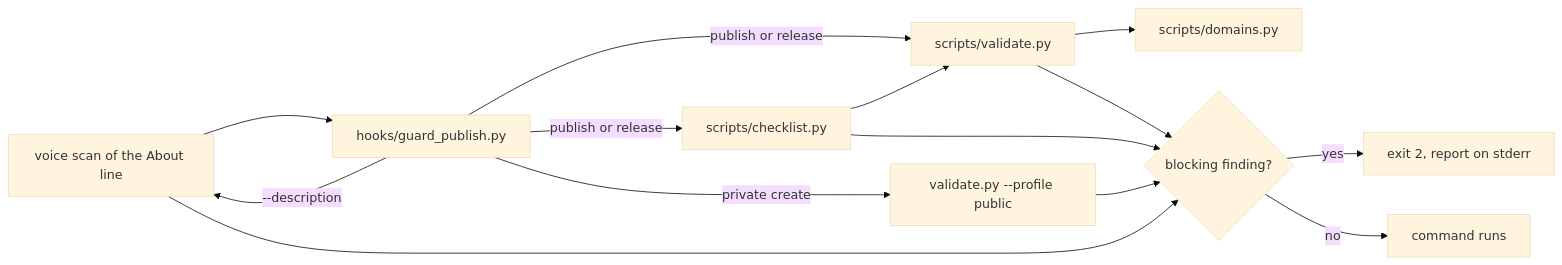
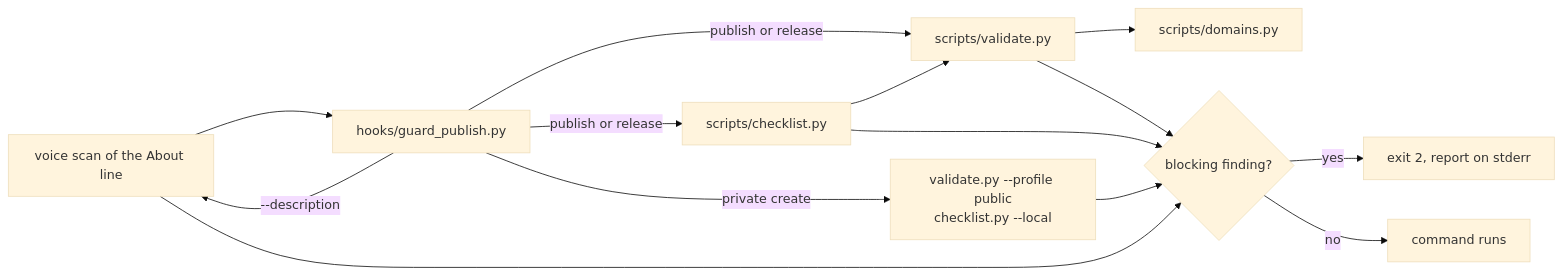
One commit to Synx-x/repo-release changed the diagram in README.md. Above: the diagram before and after it, drawn with Mermaid (base theme). The commit also changed other lines of this file and 8 other files, not shown here.

Commit message:
feat: gate changelog structure, run local checklist items on private creates, 0.7.0

````diff
--- a/README.md
+++ b/README.md
@@ -274,13 +274,13 @@
 ```mermaid
 flowchart LR
     A[Bash command or file edit] --> H[hooks/guard_publish.py]
     H -->|publish or release| V[scripts/validate.py]
     H -->|publish or release| C[scripts/checklist.py]
-    H -->|private create| S[validate.py --profile public]
+    H -->|private create| S[validate.py --profile public<br/>checklist.py --local]
     H -->|--description| A[voice scan of the About line]
     V --> D[scripts/domains.py]
     C --> V
     V & C & S & A --> R{blocking finding?}
     R -->|yes| B[exit 2, report on stderr]
     R -->|no| P[command runs]
 ```
````
